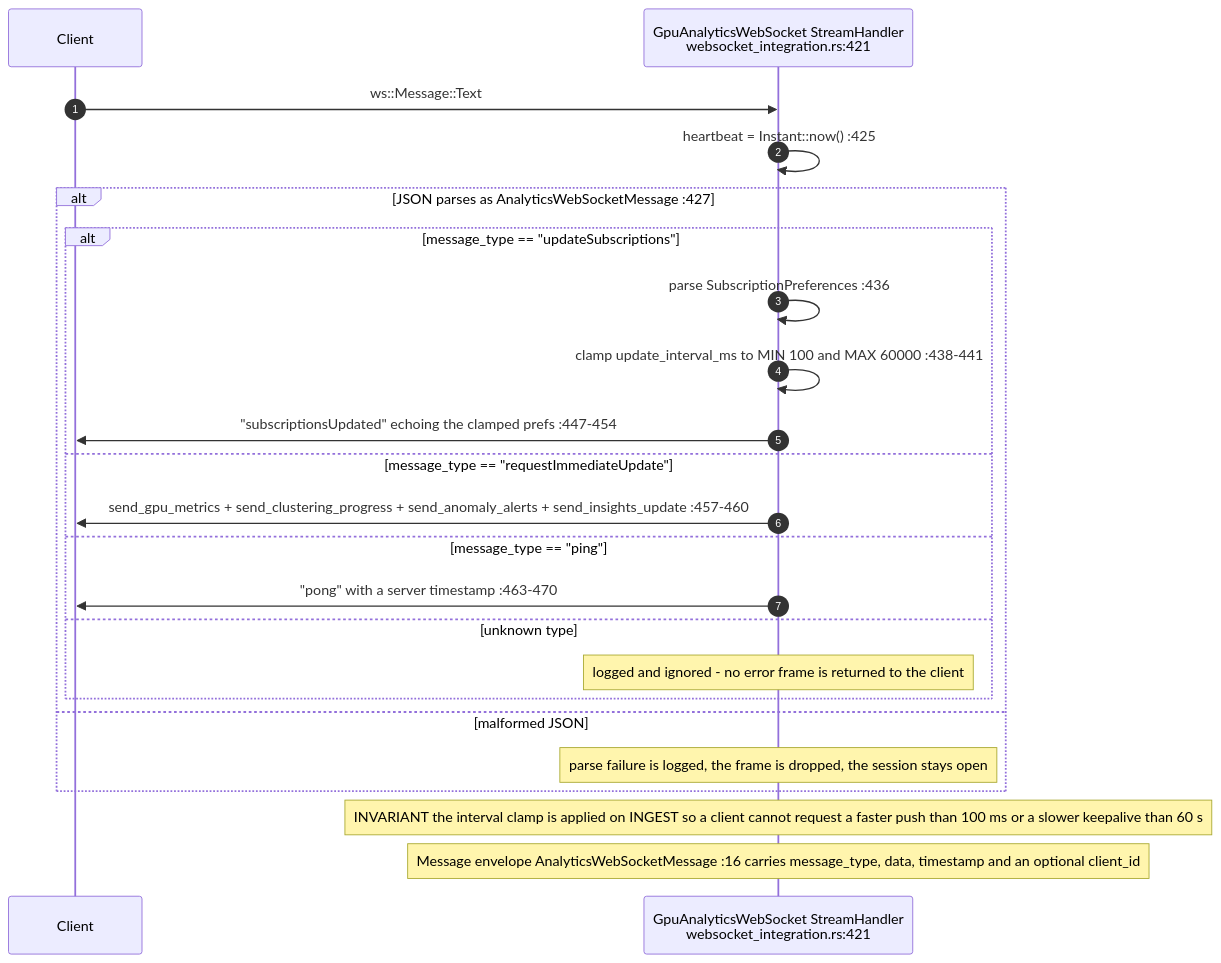
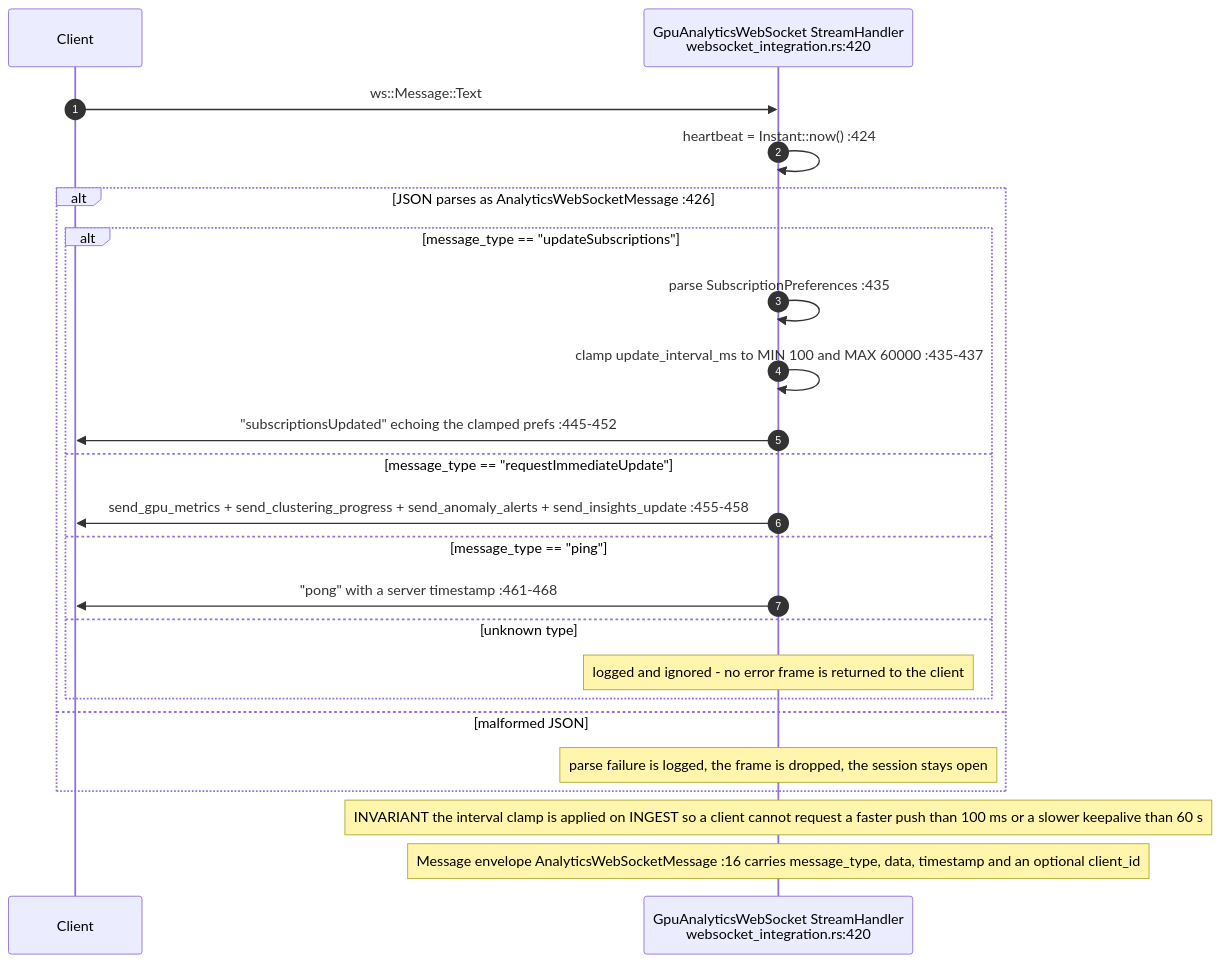
The eighth of 10 diagrams in docs/diagrams/visionclaw/18-analytics-support-handlers.md (DreamLab-AI/VisionFlow), drawn with Mermaid before and after one commit. The commit also changed other lines of this file and 160 other files, not shown here.

````diff
--- a/docs/diagrams/visionclaw/18-analytics-support-handlers.md
+++ b/docs/diagrams/visionclaw/18-analytics-support-handlers.md
@@ -285,26 +291,26 @@
 ```mermaid
 sequenceDiagram
     autonumber
     participant C as Client
-    participant A as GpuAnalyticsWebSocket StreamHandler<br/>websocket_integration.rs:421
+    participant A as GpuAnalyticsWebSocket StreamHandler<br/>websocket_integration.rs:420
 
     C->>A: ws::Message::Text
-    A->>A: heartbeat = Instant::now() :425
-    alt JSON parses as AnalyticsWebSocketMessage :427
+    A->>A: heartbeat = Instant::now() :424
+    alt JSON parses as AnalyticsWebSocketMessage :426
         alt message_type == "updateSubscriptions"
-            A->>A: parse SubscriptionPreferences :436
-            A->>A: clamp update_interval_ms to MIN 100 and MAX 60000 :438-441
-            A->>C: "subscriptionsUpdated" echoing the clamped prefs :447-454
+            A->>A: parse SubscriptionPreferences :435
+            A->>A: clamp update_interval_ms to MIN 100 and MAX 60000 :435-437
+            A->>C: "subscriptionsUpdated" echoing the clamped prefs :445-452
         else message_type == "requestImmediateUpdate"
-            A->>C: send_gpu_metrics + send_clustering_progress + send_anomaly_alerts + send_insights_update :457-460
+            A->>C: send_gpu_metrics + send_clustering_progress + send_anomaly_alerts + send_insights_update :455-458
         else message_type == "ping"
-            A->>C: "pong" with a server timestamp :463-470
+            A->>C: "pong" with a server timestamp :461-468
         else unknown type
             Note over A: logged and ignored - no error frame is returned to the client
         end
     else malformed JSON
         Note over A: parse failure is logged, the frame is dropped, the session stays open
     end
     Note over A: INVARIANT the interval clamp is applied on INGEST so a client cannot request a faster push than 100 ms or a slower keepalive than 60 s
     Note over A: Message envelope AnalyticsWebSocketMessage :16 carries message_type, data, timestamp and an optional client_id
 ```
````
